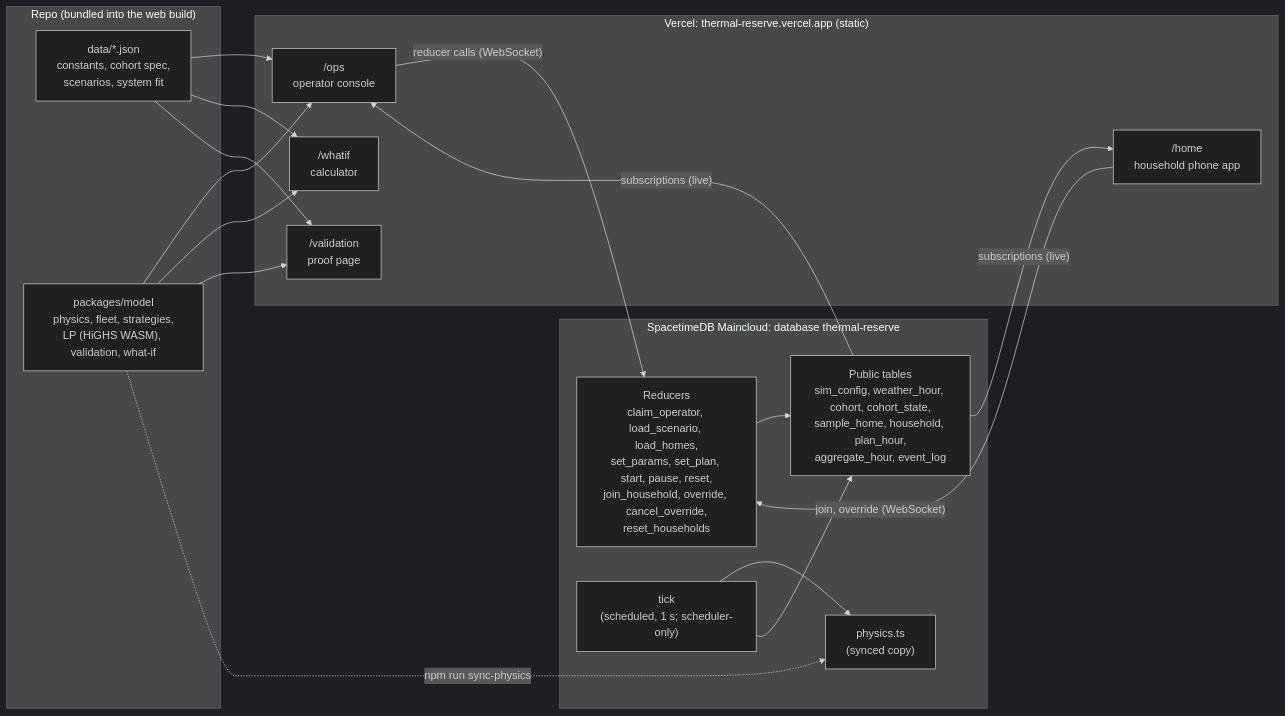
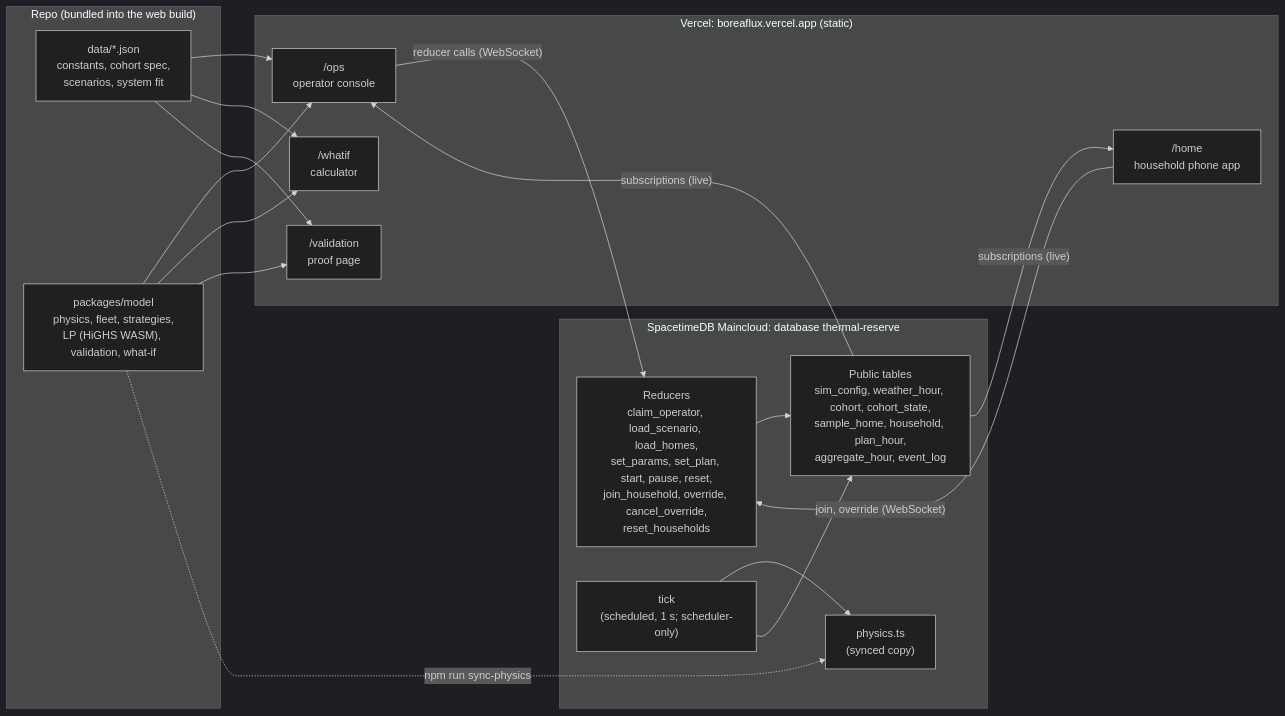
The first of 4 diagrams in docs/architecture.md (Pronkle/ThermalReserve), drawn with Mermaid (dark theme) before and after one commit. The commit also changed 9 other files, not shown here.

Commit message:
docs: site address is boreaflux.vercel.app (the old address returns 404)

````diff
--- a/docs/architecture.md
+++ b/docs/architecture.md
@@ -11,31 +11,31 @@
 ```mermaid
 flowchart LR
   subgraph repo["Repo (bundled into the web build)"]
     data["data/*.json<br/>constants, cohort spec,<br/>scenarios, system fit"]
     model["packages/model<br/>physics, fleet, strategies,<br/>LP (HiGHS WASM), validation, what-if"]
   end
 
-  subgraph vercel["Vercel: thermal-reserve.vercel.app (static)"]
+  subgraph vercel["Vercel: boreaflux.vercel.app (static)"]
     ops["/ops<br/>operator console"]
     home["/home<br/>household phone app"]
     whatif["/whatif<br/>calculator"]
     validation["/validation<br/>proof page"]
   end
 
   subgraph stdb["SpacetimeDB Maincloud: database thermal-reserve"]
     reducers["Reducers<br/>claim_operator, load_scenario, load_homes,<br/>set_params, set_plan, start, pause, reset,<br/>join_household, override, cancel_override,<br/>reset_households"]
     tick["tick<br/>(scheduled, 1 s; scheduler-only)"]
     tables["Public tables<br/>sim_config, weather_hour, cohort, cohort_state,<br/>sample_home, household, plan_hour,<br/>aggregate_hour, event_log"]
     physics["physics.ts<br/>(synced copy)"]
   end
 
   data --> ops & whatif & validation
   model --> ops & whatif & validation
   ops -- "reducer calls (WebSocket)" --> reducers
   home -- "join, override (WebSocket)" --> reducers
   reducers --> tables
   tick --> physics
   tick --> tables
   tables -- "subscriptions (live)" --> ops & home
   model -. "npm run sync-physics" .-> physics
 ```
````
